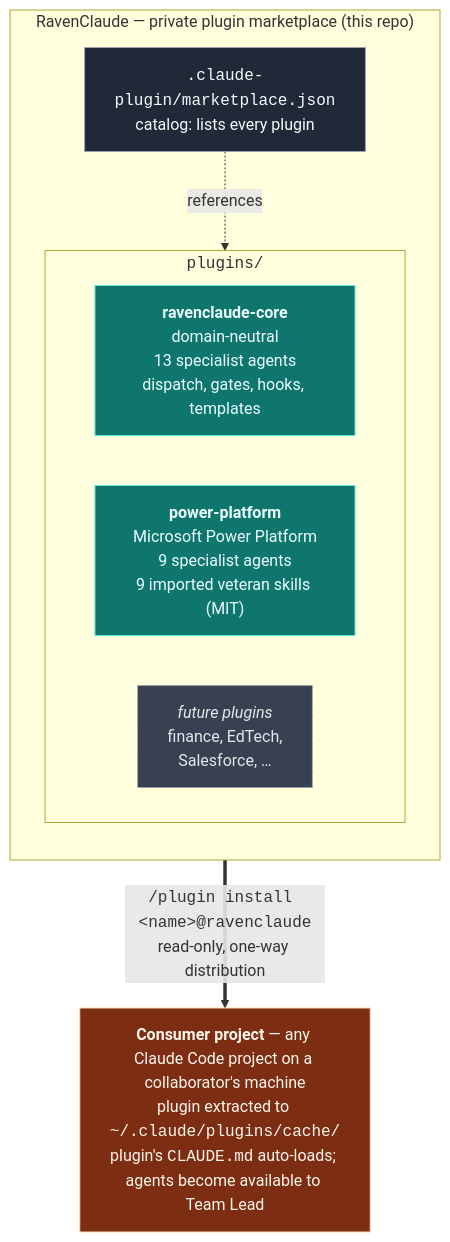
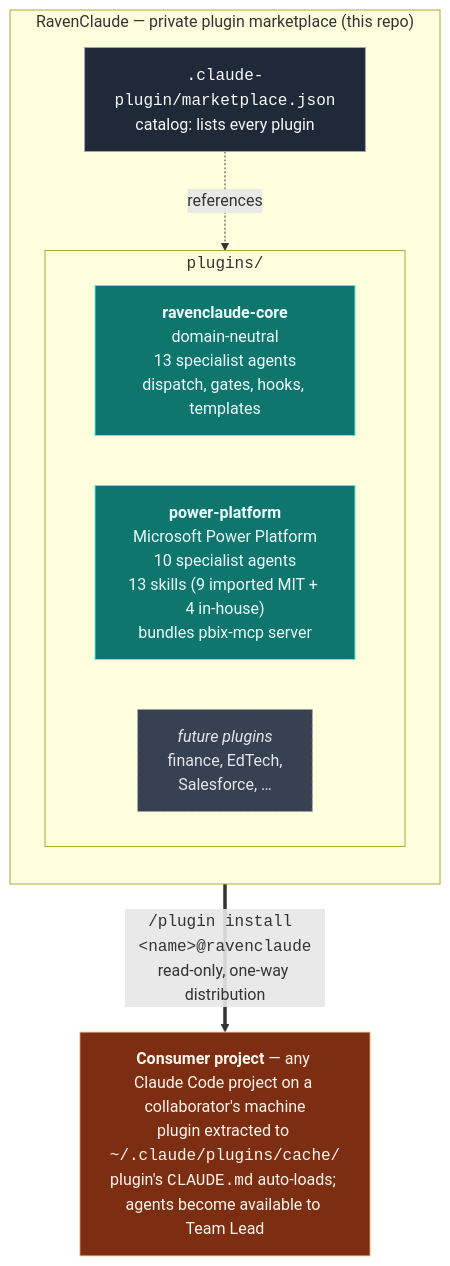
The diagram in docs/architecture.md (mcorbett51090/RavenClaude), drawn with Mermaid before and after one commit. The commit also changed other lines of this file and 16 other files, not shown here.

````diff
--- a/docs/architecture.md
+++ b/docs/architecture.md
@@ -11,27 +11,27 @@
 ```mermaid
 flowchart TB
     subgraph marketplace["RavenClaude — private plugin marketplace (this repo)"]
         direction TB
         catalog["<code>.claude-plugin/marketplace.json</code><br/>catalog: lists every plugin"]
         subgraph plugindir["<code>plugins/</code>"]
             direction LR
             core["<b>ravenclaude-core</b><br/>domain-neutral<br/>13 specialist agents<br/>dispatch, gates, hooks, templates"]
-            pp["<b>power-platform</b><br/>Microsoft Power Platform<br/>9 specialist agents<br/>9 imported veteran skills (MIT)"]
+            pp["<b>power-platform</b><br/>Microsoft Power Platform<br/>10 specialist agents<br/>13 skills (9 imported MIT + 4 in-house)<br/>bundles pbix-mcp server"]
             future["<i>future plugins</i><br/>finance, EdTech,<br/>Salesforce, …"]
         end
         catalog -.->|references| plugindir
     end
 
     consumer["<b>Consumer project</b> — any Claude Code project on a collaborator's machine<br/>plugin extracted to <code>~/.claude/plugins/cache/</code><br/>plugin's <code>CLAUDE.md</code> auto-loads; agents become available to Team Lead"]
 
     marketplace ==>|"<code>/plugin install &lt;name&gt;@ravenclaude</code><br/>read-only, one-way distribution"| consumer
 
     classDef hub fill:#1f2937,stroke:#9ca3af,color:#f9fafb
     classDef plugin fill:#0f766e,stroke:#5eead4,color:#ecfeff
     classDef future fill:#374151,stroke:#9ca3af,color:#e5e7eb,stroke-dasharray: 4 3
     classDef consumer fill:#7c2d12,stroke:#fed7aa,color:#fff7ed
     class catalog hub
     class core,pp plugin
     class future future
     class consumer consumer
 ```
````
